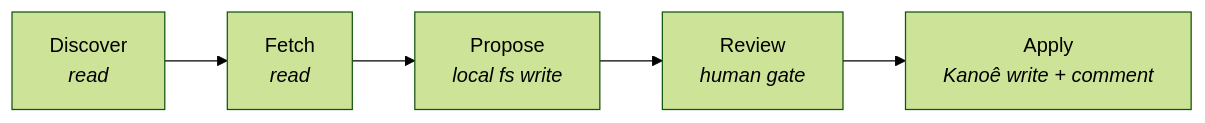
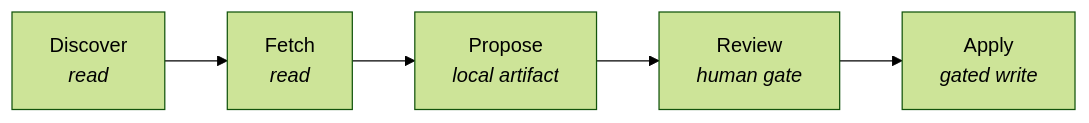
One commit to franklinbaldo/papers changed the diagram in affordance_restriction.md. Above: the diagram before and after it, drawn with Mermaid (forest theme). The commit also changed other lines of this file, not shown here.

````diff
--- a/affordance_restriction.md
+++ b/affordance_restriction.md
@@ -98,7 +131,7 @@
 ```mermaid
 graph LR
   D[Discover<br/><i>read</i>] --> F[Fetch<br/><i>read</i>]
-  F --> P[Propose<br/><i>local fs write</i>]
+  F --> P[Propose<br/><i>local artifact</i>]
   P --> R[Review<br/><i>human gate</i>]
-  R --> A[Apply<br/><i>Kanoê write + comment</i>]
+  R --> A[Apply<br/><i>gated write</i>]
 ```
````
